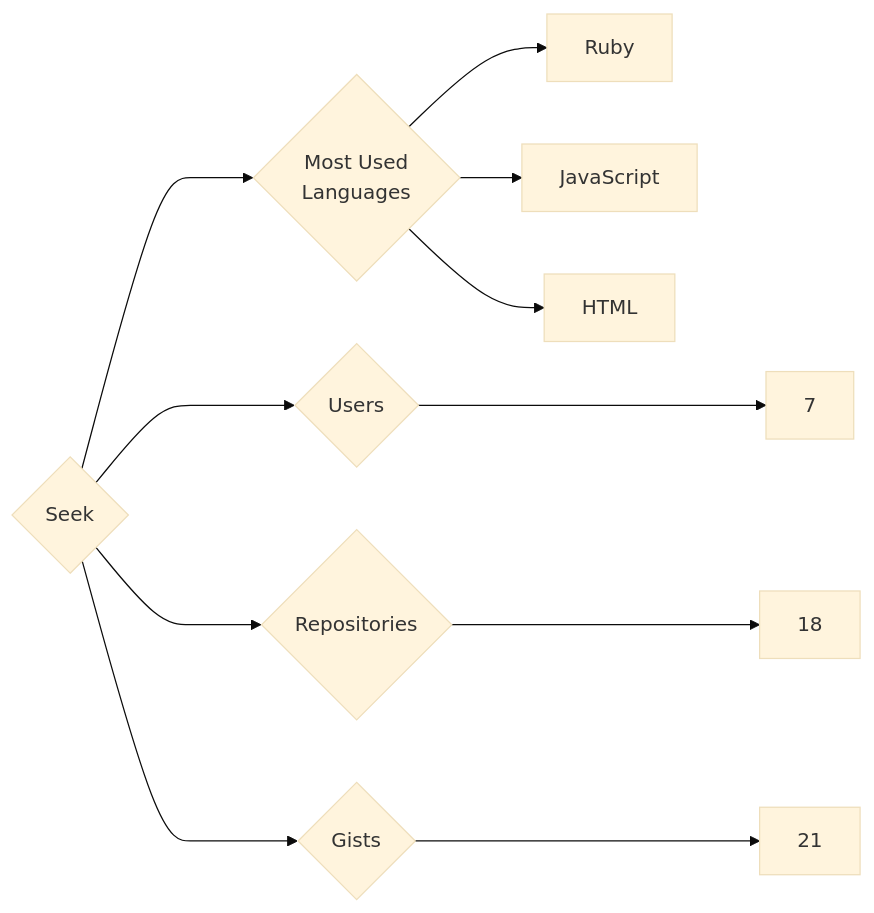
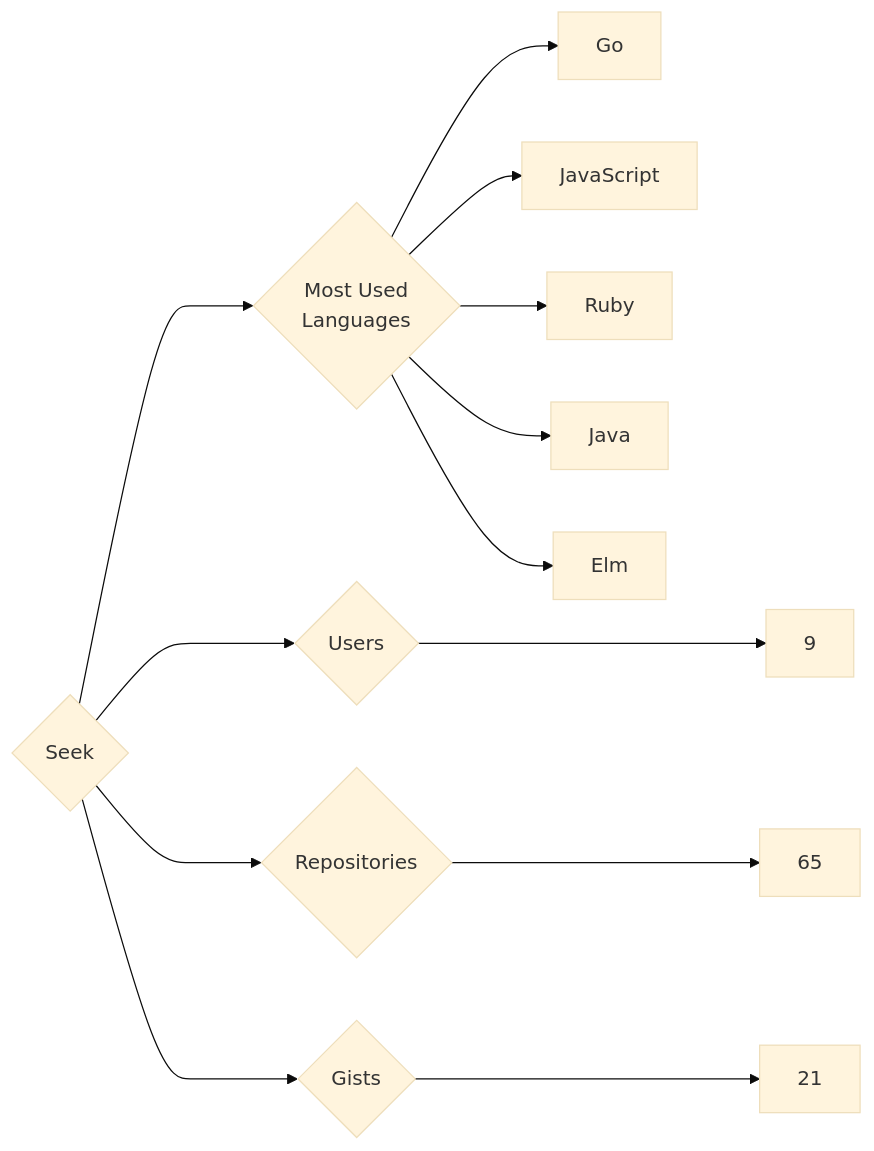
Before and after one commit to trickest/insiders: the diagram in targets/Seek/README.md, drawn with Mermaid (base theme). The commit also changed 1389 other files, not shown here.

````diff
--- a/targets/Seek/README.md
+++ b/targets/Seek/README.md
@@ -3,11 +3,13 @@
 ```mermaid
 graph LR
 COMPANY_NAME{Seek}
-COMPANY_NAME ---> U{Users} ---> UN[7]
-COMPANY_NAME ---> R{Repositories} ---> RN[18]
+COMPANY_NAME ---> U{Users} ---> UN[9]
+COMPANY_NAME ---> R{Repositories} ---> RN[65]
 COMPANY_NAME ---> G{Gists} ---> GN[21]
 COMPANY_NAME ---> ML{Most Used<br>Languages}
+ML --> Go[Go]
+ML --> JavaScript[JavaScript]
 ML --> Ruby[Ruby]
-ML --> JavaScript[JavaScript]
-ML --> HTML[HTML]
+ML --> Java[Java]
+ML --> Elm[Elm]
 ```
````
